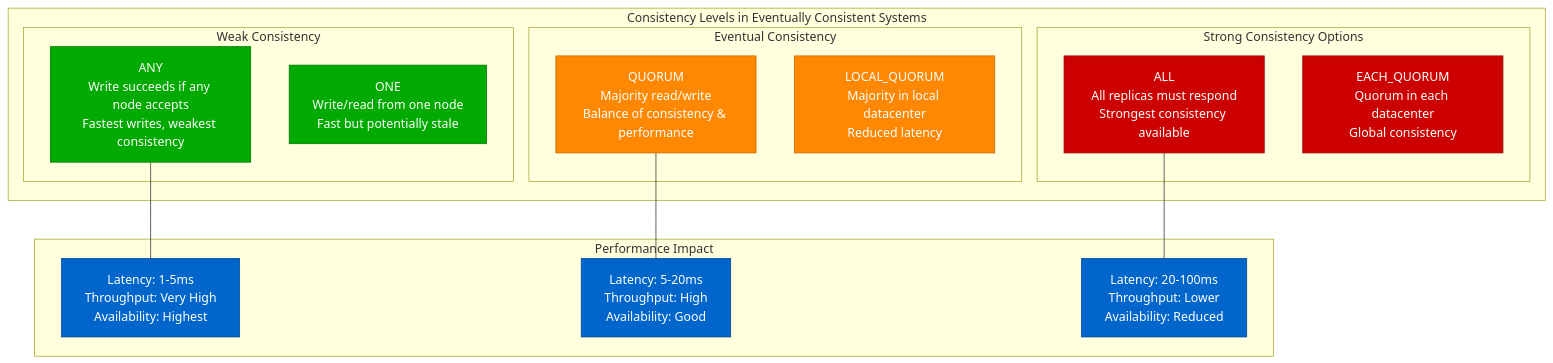
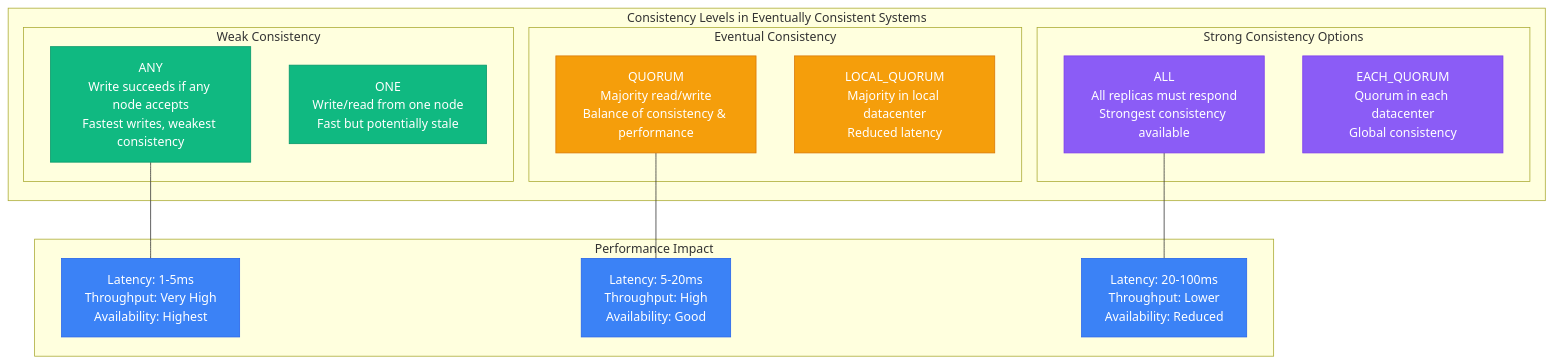
The fourth of 9 diagrams in site/docs/guarantees/eventual-consistency/eventual-consistency-concept.md (deepaucksharma/DS), drawn with Mermaid before and after one commit. The commit also changed other lines of this file and 303 other files, not shown here.

````diff
--- a/site/docs/guarantees/eventual-consistency/eventual-consistency-concept.md
+++ b/site/docs/guarantees/eventual-consistency/eventual-consistency-concept.md
@@ -215,40 +215,40 @@
 ```mermaid
 graph TB
     subgraph ConsistencyLevels[Consistency Levels in Eventually Consistent Systems]
 
         subgraph WeakConsistency[Weak Consistency]
             WC1[ANY<br/>Write succeeds if any node accepts<br/>Fastest writes, weakest consistency]
             WC2[ONE<br/>Write/read from one node<br/>Fast but potentially stale]
         end
 
         subgraph EventualConsistency[Eventual Consistency]
             EC1[QUORUM<br/>Majority read/write<br/>Balance of consistency & performance]
             EC2[LOCAL_QUORUM<br/>Majority in local datacenter<br/>Reduced latency]
         end
 
         subgraph StrongConsistency[Strong Consistency Options]
             SC1[ALL<br/>All replicas must respond<br/>Strongest consistency available]
             SC2[EACH_QUORUM<br/>Quorum in each datacenter<br/>Global consistency]
         end
     end
 
     subgraph PerformanceImpact[Performance Impact]
         PI1[Latency: 1-5ms<br/>Throughput: Very High<br/>Availability: Highest]
         PI2[Latency: 5-20ms<br/>Throughput: High<br/>Availability: Good]
         PI3[Latency: 20-100ms<br/>Throughput: Lower<br/>Availability: Reduced]
     end
 
     WC1 --- PI1
     EC1 --- PI2
     SC1 --- PI3
 
-    classDef weakStyle fill:#00AA00,stroke:#007700,color:#fff
-    classDef eventualStyle fill:#FF8800,stroke:#CC6600,color:#fff
-    classDef strongStyle fill:#CC0000,stroke:#990000,color:#fff
-    classDef performanceStyle fill:#0066CC,stroke:#004499,color:#fff
+    classDef weakStyle fill:#10B981,stroke:#059669,color:#fff
+    classDef eventualStyle fill:#F59E0B,stroke:#D97706,color:#fff
+    classDef strongStyle fill:#8B5CF6,stroke:#7C3AED,color:#fff
+    classDef performanceStyle fill:#3B82F6,stroke:#2563EB,color:#fff
 
     class WC1,WC2 weakStyle
     class EC1,EC2 eventualStyle
     class SC1,SC2 strongStyle
     class PI1,PI2,PI3 performanceStyle
 ```
````
